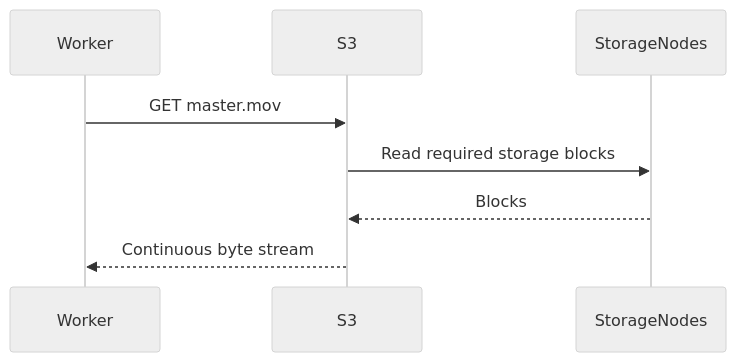
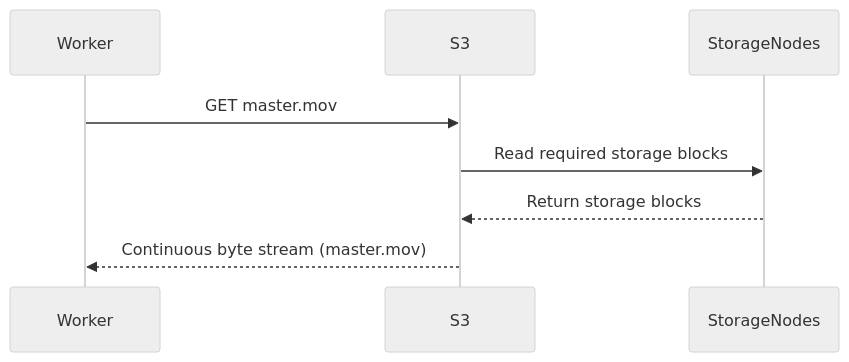
The sixth of 7 diagrams in netflix-system-design.md (Veeru123456778/CS-Fundamentals), drawn with Mermaid (neutral theme) before and after one commit. The commit also changed other lines of this file, not shown here.

````diff
--- a/netflix-system-design.md
+++ b/netflix-system-design.md
@@ -977,11 +1059,11 @@
 ```mermaid
 sequenceDiagram
     participant Worker
     participant S3
     participant StorageNodes
 
     Worker->>S3: GET master.mov
     S3->>StorageNodes: Read required storage blocks
-    StorageNodes-->>S3: Blocks
-    S3-->>Worker: Continuous byte stream
+    StorageNodes-->>S3: Return storage blocks
+    S3-->>Worker: Continuous byte stream (master.mov)
 ```
````
